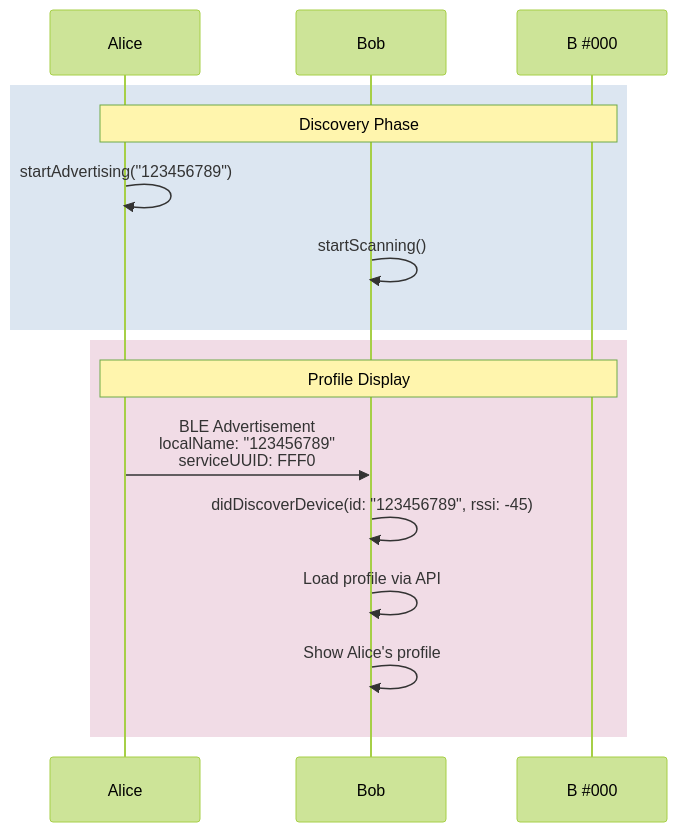
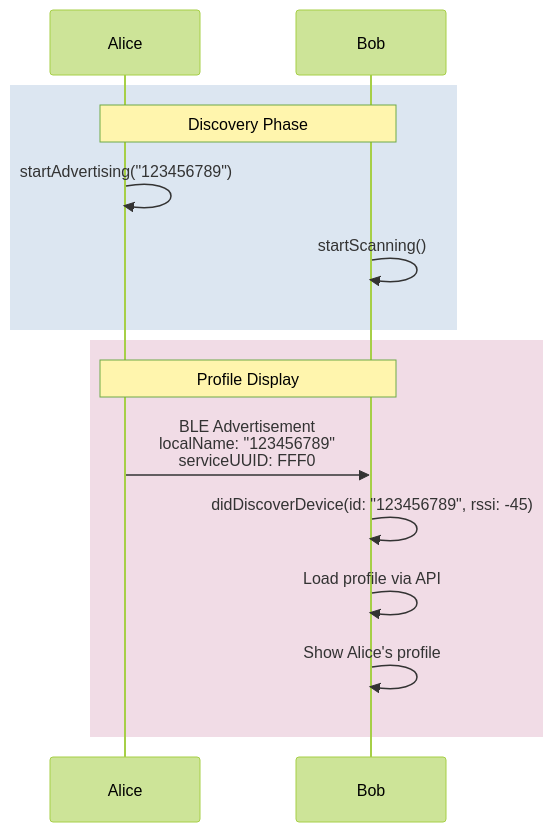
The third of 12 diagrams in WHITEPAPER.md (hiTechTeam/Telescan-iOS), drawn with Mermaid (forest theme) before and after one commit. The commit also changed other lines of this file and 13 other files, not shown here.

````diff
--- a/WHITEPAPER.md
+++ b/WHITEPAPER.md
@@ -119,19 +119,19 @@
 ```mermaid
 sequenceDiagram
     participant A as Alice
     participant B as Bob
 
     rect rgb(220, 230, 241)
-        note over A,B #000: Discovery Phase
+        note over A,B: Discovery Phase
         A->>A: startAdvertising("123456789")
         B->>B: startScanning()
     end
 
-    rect rgb(241, 220, 230)
-        note over A,B #000: Profile Display
+    rect rgba(241, 220, 230, 1)
+        note over A,B: Profile Display
         A->>B: BLE Advertisement<br/>localName: "123456789"<br/>serviceUUID: FFF0
         B->>B: didDiscoverDevice(id: "123456789", rssi: -45)
         B->>B: Load profile via API
         B->>B: Show Alice's profile
     end
 ```
````
